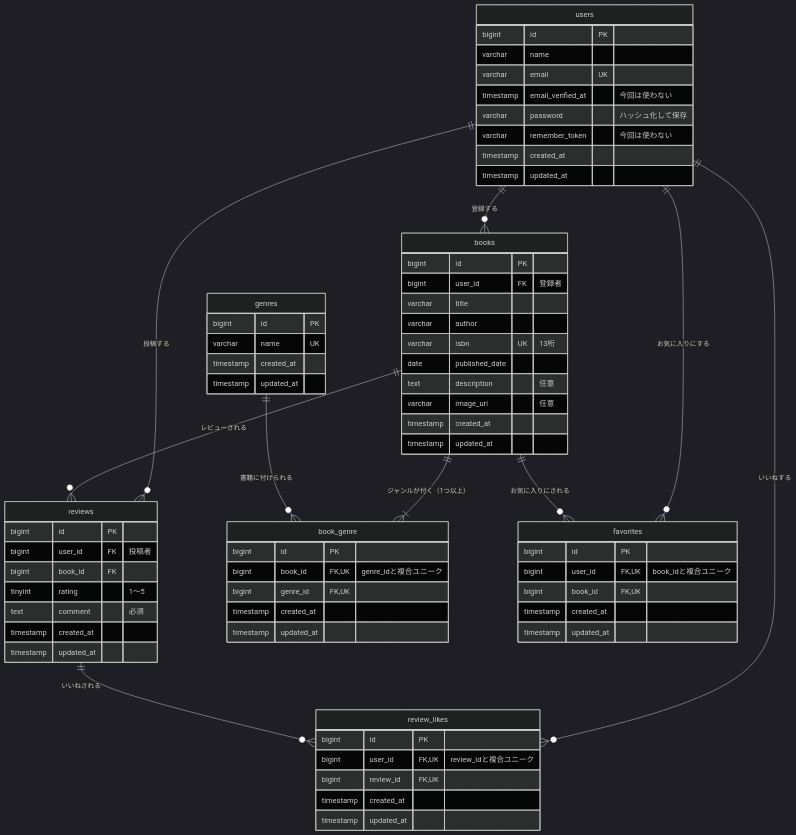
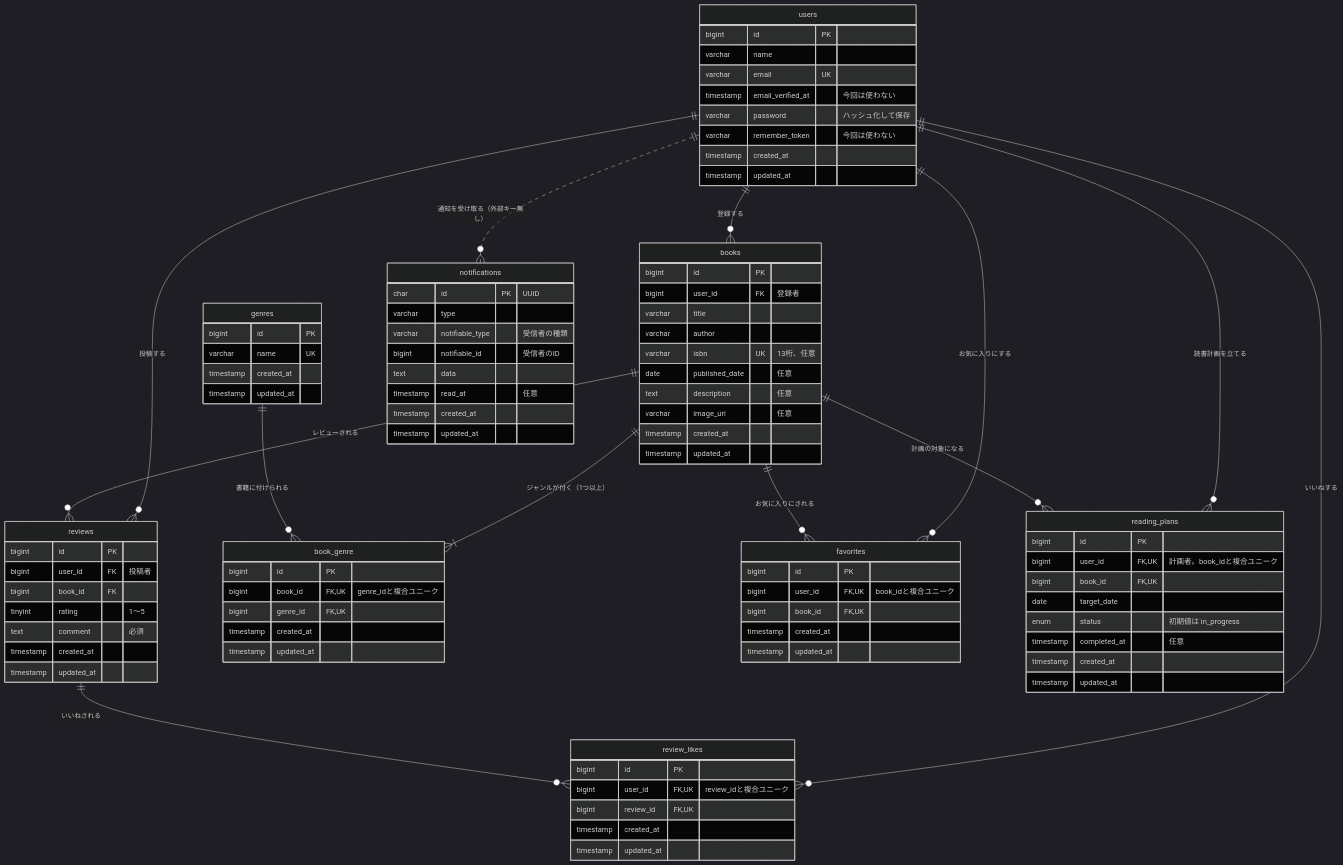
Before and after one commit to miyori-knzk/bookshelf-app: the diagram in docs/er-diagram.md, drawn with Mermaid (dark theme). The commit also changed other lines of this file and 10 other files, not shown here.

````diff
--- a/docs/er-diagram.md
+++ b/docs/er-diagram.md
@@ -20,6 +20,9 @@
     books ||--o{ favorites : "お気に入りにされる"
     users ||--o{ review_likes : "いいねする"
     reviews ||--o{ review_likes : "いいねされる"
+    users ||--o{ reading_plans : "読書計画を立てる"
+    books ||--o{ reading_plans : "計画の対象になる"
+    users ||..o{ notifications : "通知を受け取る（外部キー無し）"
 
     users {
         bigint id PK
@@ -37,8 +40,8 @@
         bigint user_id FK "登録者"
         varchar title
         varchar author
-        varchar isbn UK "13桁"
-        date published_date
+        varchar isbn UK "13桁、任意"
+        date published_date "任意"
         text description "任意"
         varchar image_url "任意"
         timestamp created_at
@@ -85,4 +88,26 @@
         timestamp created_at
         timestamp updated_at
     }
+
+    reading_plans {
+        bigint id PK
+        bigint user_id FK,UK "計画者。book_idと複合ユニーク"
+        bigint book_id FK,UK
+        date target_date
+        enum status "初期値は in_progress"
+        timestamp completed_at "任意"
+        timestamp created_at
+        timestamp updated_at
+    }
+
+    notifications {
+        char id PK "UUID"
+        varchar type
+        varchar notifiable_type "受信者の種類"
+        bigint notifiable_id "受信者のID"
+        text data
+        timestamp read_at "任意"
+        timestamp created_at
+        timestamp updated_at
+    }
 ```
````
